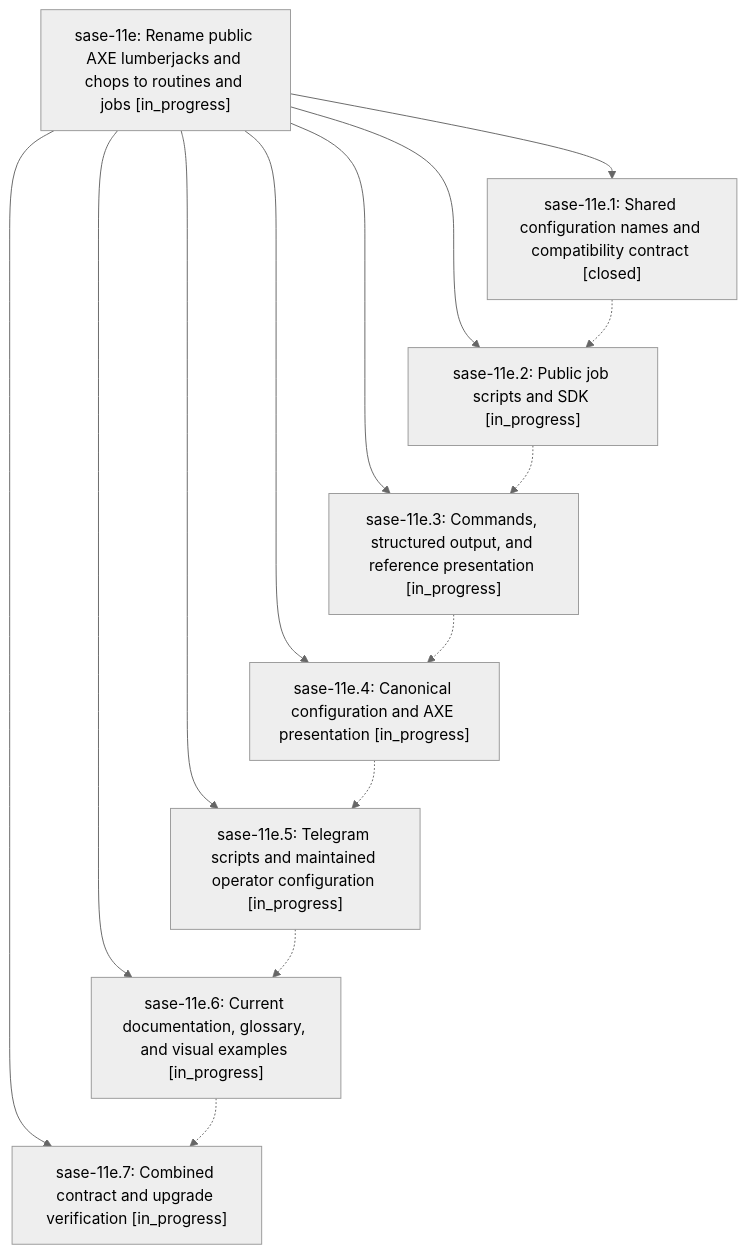
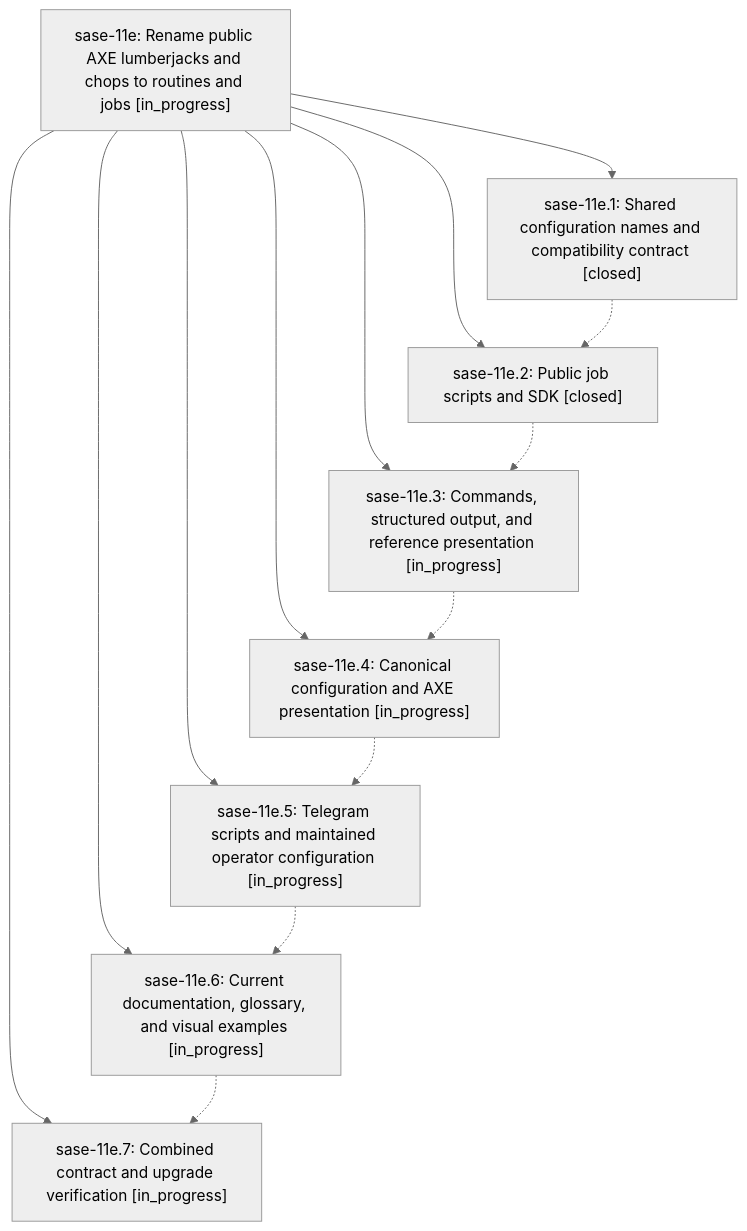
The diagram in pages/sase-11e/README.md (sase-org/sase--beads), drawn with Mermaid (neutral theme) before and after one commit. The commit also changed other lines of this file and 3 other files, not shown here.

````diff
--- a/pages/sase-11e/README.md
+++ b/pages/sase-11e/README.md
@@ -40,24 +40,24 @@
 ```mermaid
 flowchart TD
     n0["sase-11e: Rename public AXE lumberjacks and chops to routines and jobs [in_progress]"]
     n1["sase-11e.1: Shared configuration names and compatibility contract [closed]"]
-    n2["sase-11e.2: Public job scripts and SDK [in_progress]"]
+    n2["sase-11e.2: Public job scripts and SDK [closed]"]
     n3["sase-11e.3: Commands, structured output, and reference presentation [in_progress]"]
     n4["sase-11e.4: Canonical configuration and AXE presentation [in_progress]"]
     n5["sase-11e.5: Telegram scripts and maintained operator configuration [in_progress]"]
     n6["sase-11e.6: Current documentation, glossary, and visual examples [in_progress]"]
     n7["sase-11e.7: Combined contract and upgrade verification [in_progress]"]
     n0 --> n1
     n0 --> n2
     n0 --> n3
     n0 --> n4
     n0 --> n5
     n0 --> n6
     n0 --> n7
     n1 -.-> n2
     n2 -.-> n3
     n3 -.-> n4
     n4 -.-> n5
     n5 -.-> n6
     n6 -.-> n7
 ```
````
